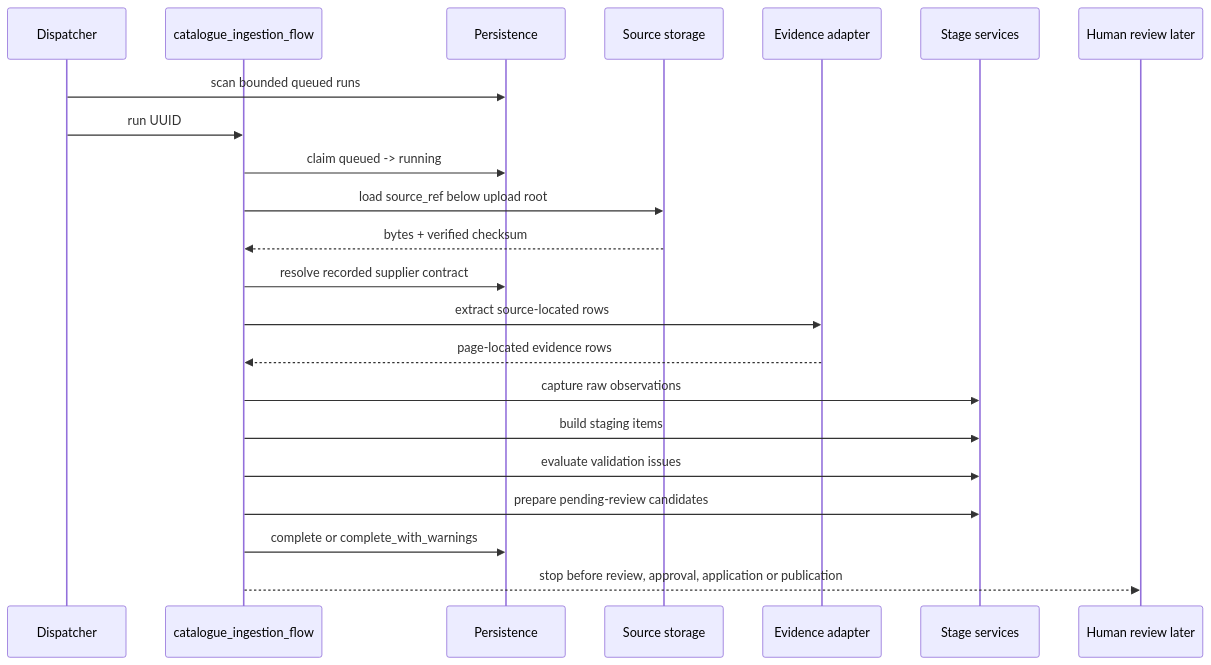
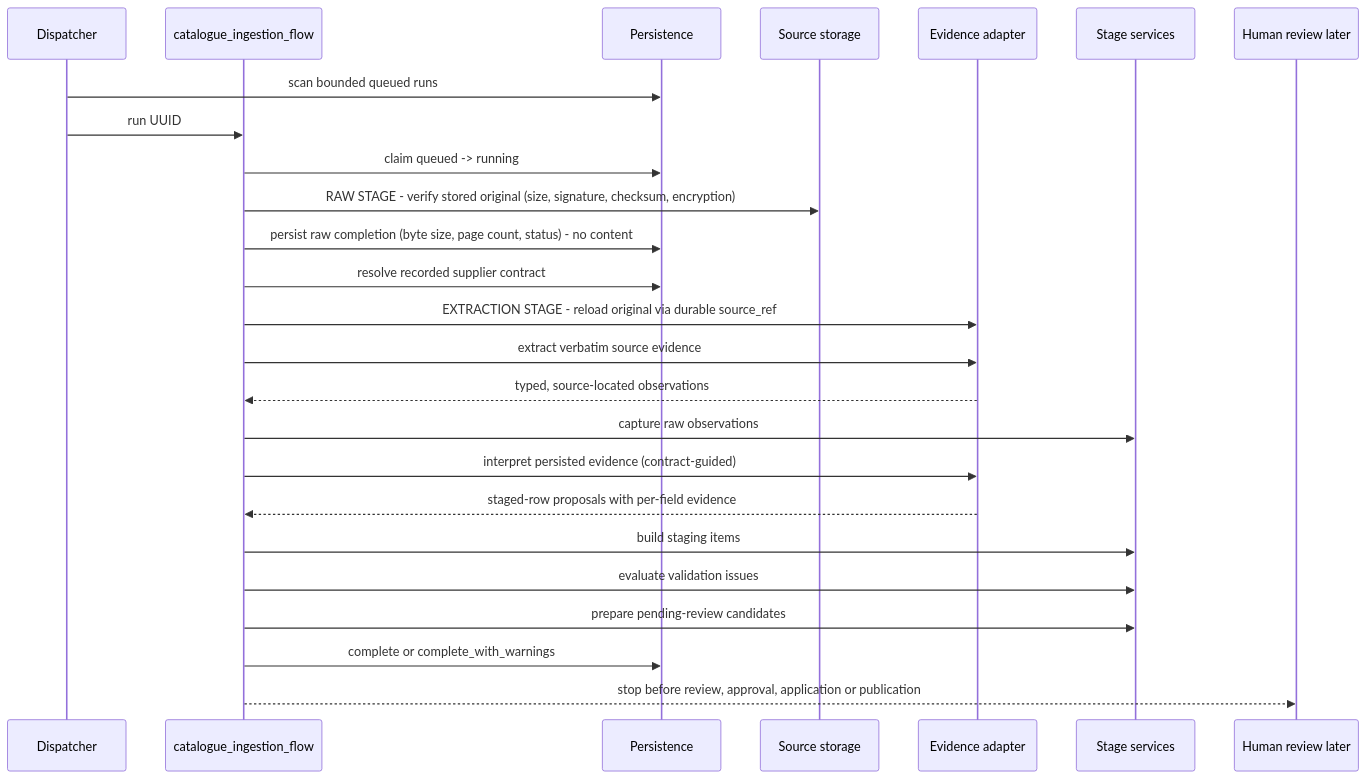
The diagram in docs/architecture/catalogue-prefect-orchestration.md (kali-physi-hacker/rosetta-ims), drawn with Mermaid before and after one commit. The commit also changed other lines of this file and 14 other files, not shown here.

First line of the commit message:
feat(api): enforce evidence-first catalogue pipeline with a file-only raw stage

````diff
--- a/docs/architecture/catalogue-prefect-orchestration.md
+++ b/docs/architecture/catalogue-prefect-orchestration.md
@@ -76,25 +77,28 @@
 ```mermaid
 sequenceDiagram
     participant Dispatch as Dispatcher
     participant Flow as catalogue_ingestion_flow
     participant DB as Persistence
     participant Store as Source storage
     participant Extract as Evidence adapter
     participant Stage as Stage services
     participant HITL as Human review later
 
     Dispatch->>DB: scan bounded queued runs
     Dispatch->>Flow: run UUID
     Flow->>DB: claim queued -> running
-    Flow->>Store: load source_ref below upload root
-    Store-->>Flow: bytes + verified checksum
+    Flow->>Store: RAW STAGE - verify stored original (size, signature, checksum, encryption)
+    Flow->>DB: persist raw completion (byte size, page count, status) - no content
     Flow->>DB: resolve recorded supplier contract
-    Flow->>Extract: extract source-located rows
-    Extract-->>Flow: page-located evidence rows
+    Flow->>Extract: EXTRACTION STAGE - reload original via durable source_ref
+    Flow->>Extract: extract verbatim source evidence
+    Extract-->>Flow: typed, source-located observations
     Flow->>Stage: capture raw observations
+    Flow->>Extract: interpret persisted evidence (contract-guided)
+    Extract-->>Flow: staged-row proposals with per-field evidence
     Flow->>Stage: build staging items
     Flow->>Stage: evaluate validation issues
     Flow->>Stage: prepare pending-review candidates
     Flow->>DB: complete or complete_with_warnings
     Flow-->>HITL: stop before review, approval, application or publication
 ```
````
